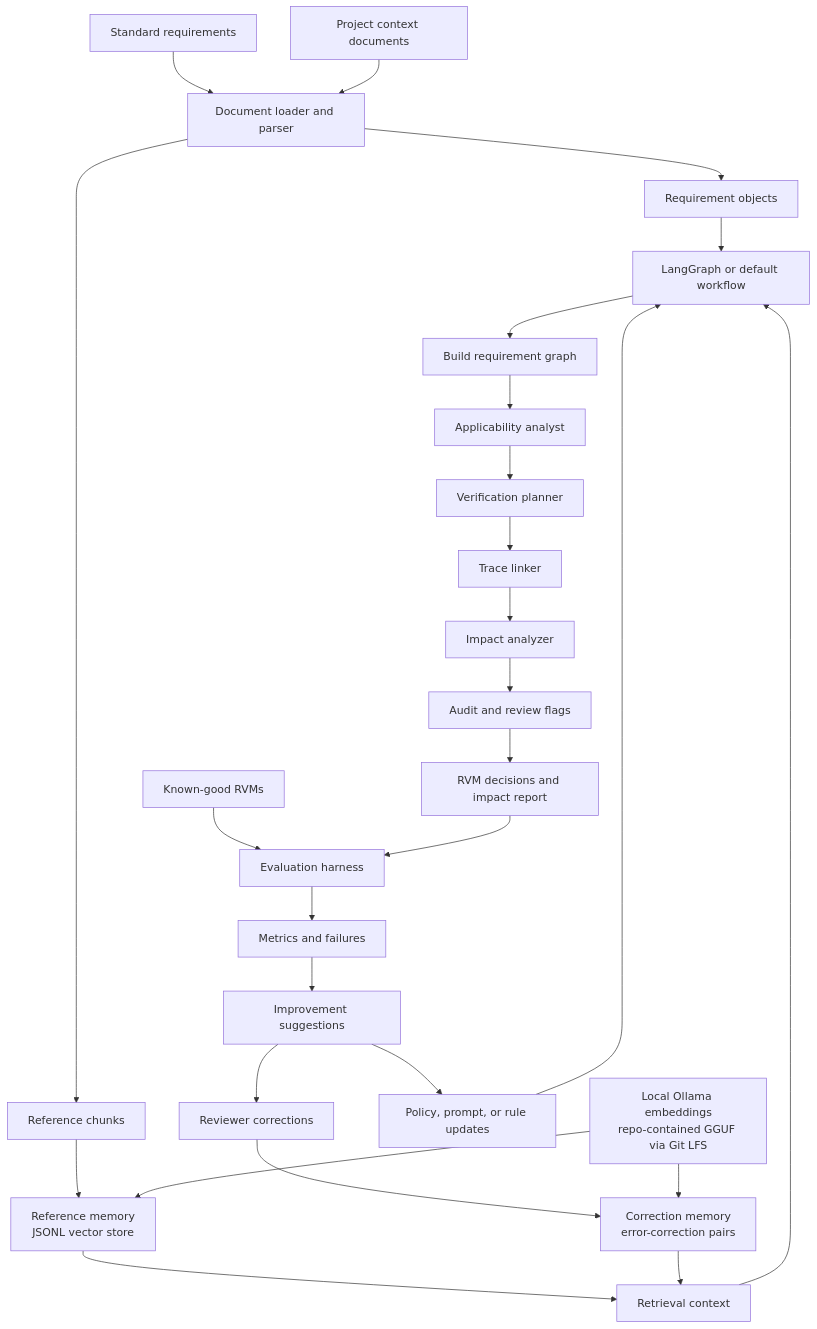
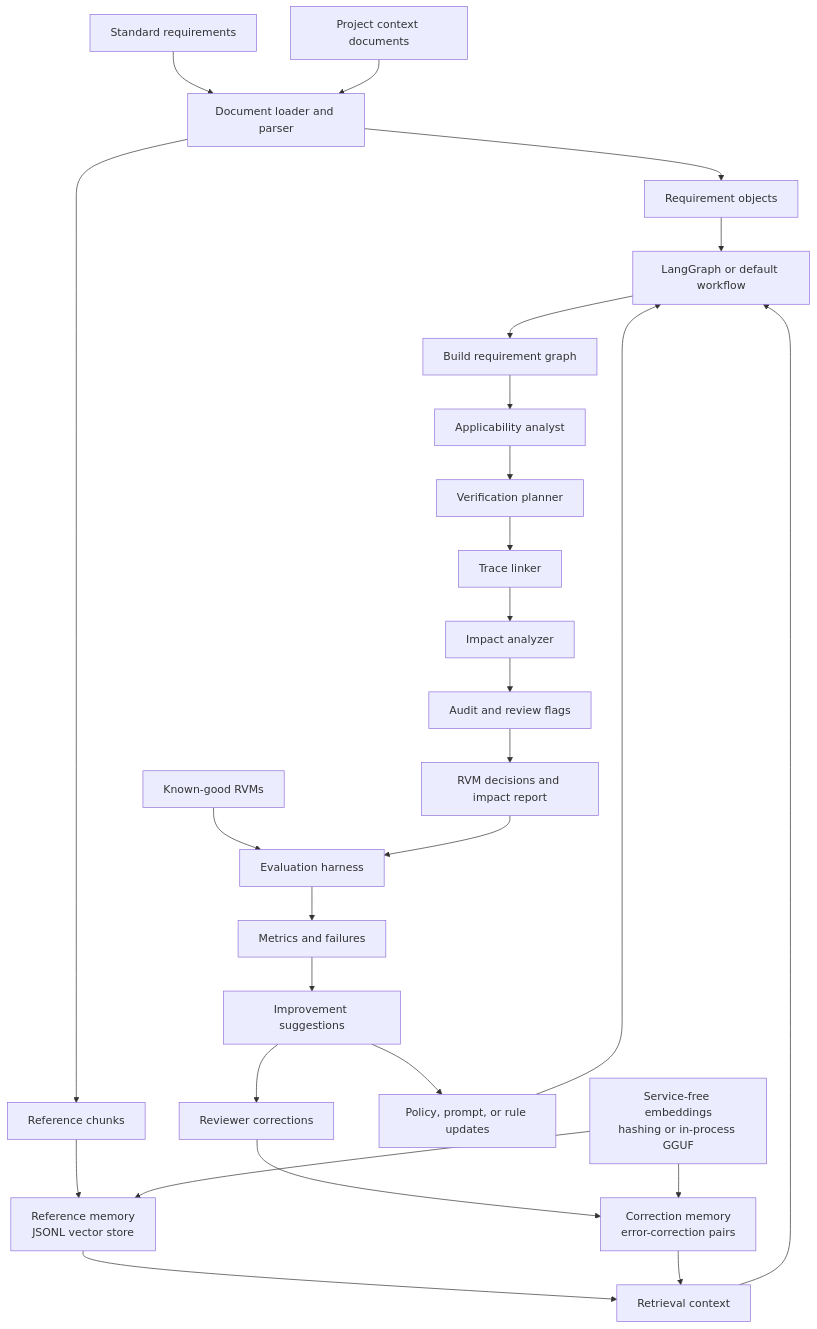
Before and after one commit to jdmccabe/LearningAgent: the diagram in README.md, drawn with Mermaid. The commit also changed other lines of this file and 12 other files, not shown here.

Commit message:
Harden memory ingestion and service-free workflow

````diff
--- a/README.md
+++ b/README.md
@@ -130,34 +140,34 @@
 ```mermaid
 flowchart TD
     A["Standard requirements"] --> B["Document loader and parser"]
     C["Project context documents"] --> B
     D["Known-good RVMs"] --> E["Evaluation harness"]
 
     B --> F["Requirement objects"]
     B --> G["Reference chunks"]
     G --> H["Reference memory<br/>JSONL vector store"]
     I["Reviewer corrections"] --> J["Correction memory<br/>error-correction pairs"]
 
     H --> K["Retrieval context"]
     J --> K
     F --> L["LangGraph or default workflow"]
     K --> L
 
     L --> M["Build requirement graph"]
     M --> N["Applicability analyst"]
     N --> O["Verification planner"]
     O --> P["Trace linker"]
     P --> Q["Impact analyzer"]
     Q --> R["Audit and review flags"]
     R --> S["RVM decisions and impact report"]
 
     S --> E
     E --> T["Metrics and failures"]
     T --> U["Improvement suggestions"]
     U --> I
     U --> V["Policy, prompt, or rule updates"]
     V --> L
 
-    W["Local Ollama embeddings<br/>repo-contained GGUF via Git LFS"] --> H
+    W["Service-free embeddings<br/>hashing or in-process GGUF"] --> H
     W --> J
 ```
````
